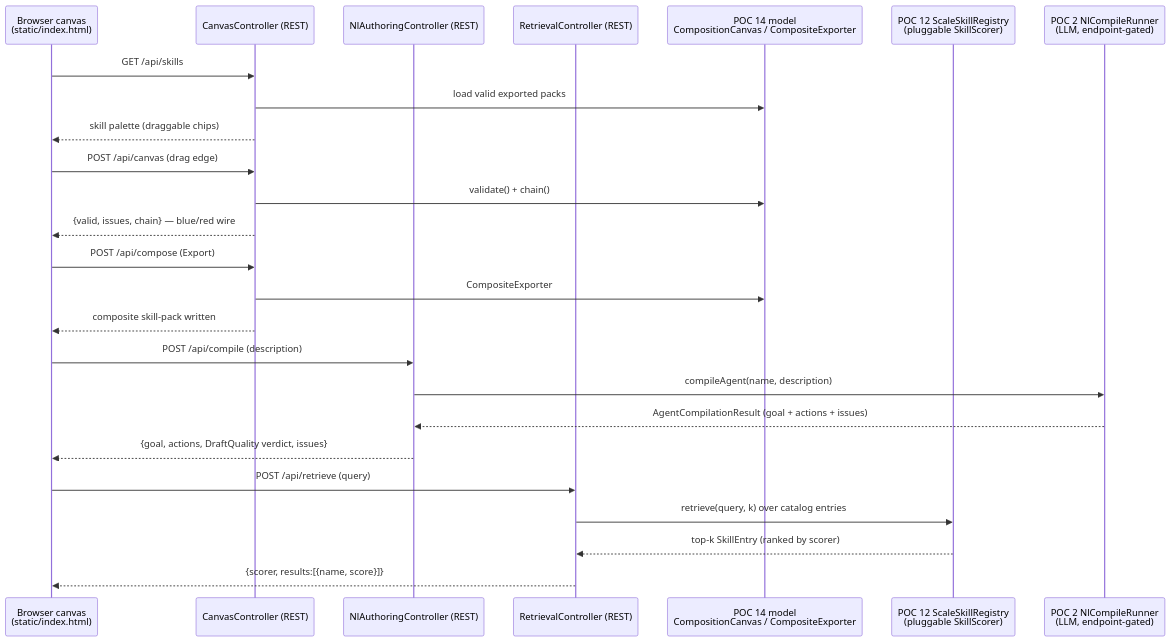
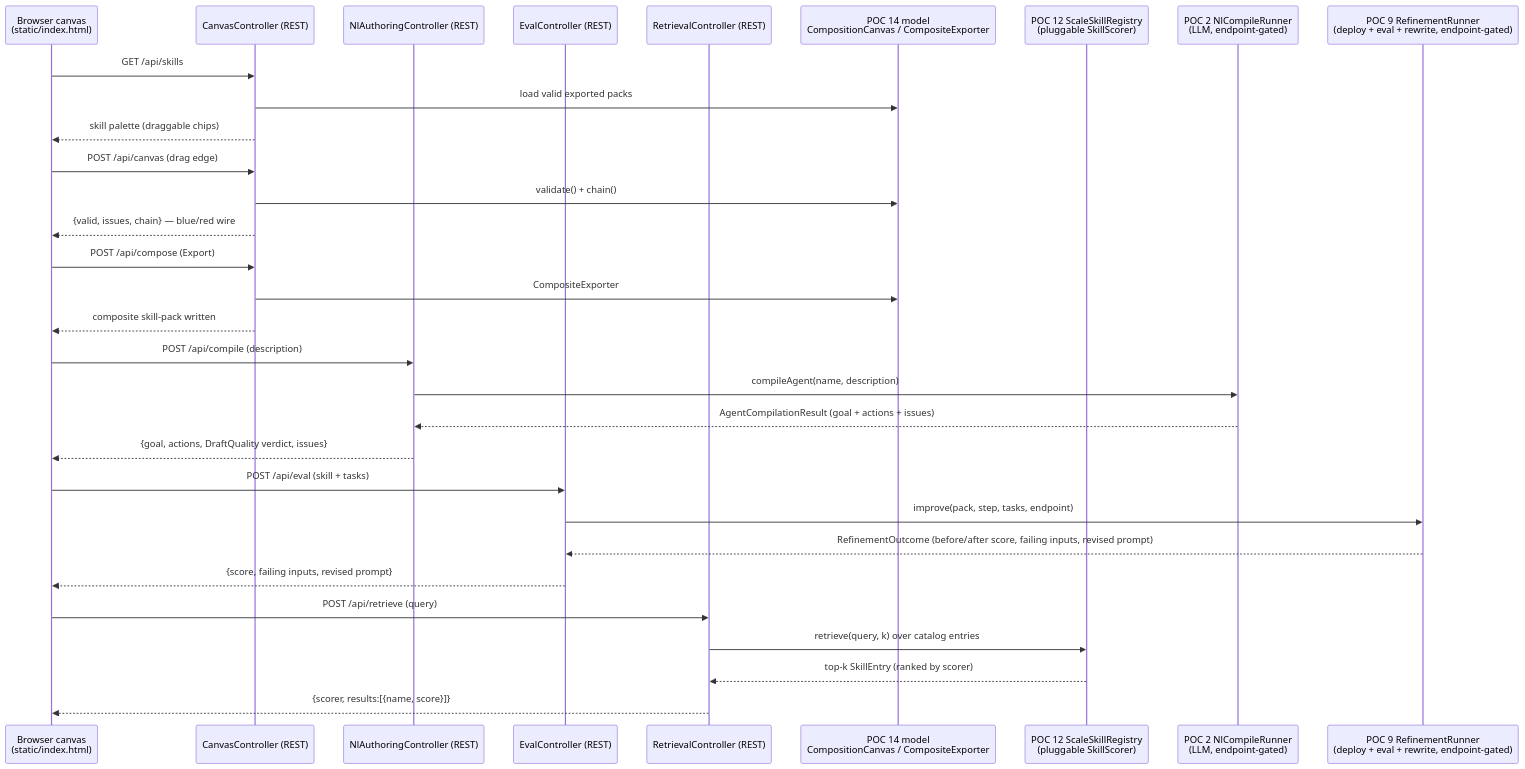
One commit to iromu/embabel-smith changed the diagram in poc/poc-15-composer-ui/README.md. Above: the diagram before and after it, drawn with Mermaid. The commit also changed other lines of this file and 12 other files, not shown here.

First line of the commit message:
Add an eval/refinement pane to the POC 15 builder UI, and update the POC run report

````diff
--- a/poc/poc-15-composer-ui/README.md
+++ b/poc/poc-15-composer-ui/README.md
@@ -42,27 +50,33 @@
 ```mermaid
 sequenceDiagram
     participant B as Browser canvas<br/>(static/index.html)
     participant C as CanvasController (REST)
     participant A as NlAuthoringController (REST)
+    participant E as EvalController (REST)
     participant R as RetrievalController (REST)
     participant M as POC 14 model<br/>CompositionCanvas / CompositeExporter
     participant S as POC 12 ScaleSkillRegistry<br/>(pluggable SkillScorer)
     participant L as POC 2 NlCompileRunner<br/>(LLM, endpoint-gated)
+    participant F as POC 9 RefinementRunner<br/>(deploy + eval + rewrite, endpoint-gated)
     B ->> C: GET /api/skills
     C ->> M: load valid exported packs
     C -->> B: skill palette (draggable chips)
     B ->> C: POST /api/canvas (drag edge)
     C ->> M: validate() + chain()
     C -->> B: {valid, issues, chain} — blue/red wire
     B ->> C: POST /api/compose (Export)
     C ->> M: CompositeExporter
     C -->> B: composite skill-pack written
     B ->> A: POST /api/compile (description)
     A ->> L: compileAgent(name, description)
     L -->> A: AgentCompilationResult (goal + actions + issues)
     A -->> B: {goal, actions, DraftQuality verdict, issues}
+    B ->> E: POST /api/eval (skill + tasks)
+    E ->> F: improve(pack, step, tasks, endpoint)
+    F -->> E: RefinementOutcome (before/after score, failing inputs, revised prompt)
+    E -->> B: {score, failing inputs, revised prompt}
     B ->> R: POST /api/retrieve (query)
     R ->> S: retrieve(query, k) over catalog entries
     S -->> R: top-k SkillEntry (ranked by scorer)
     R -->> B: {scorer, results:[{name, score}]}
 ```
````
